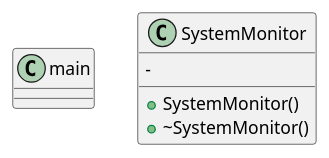
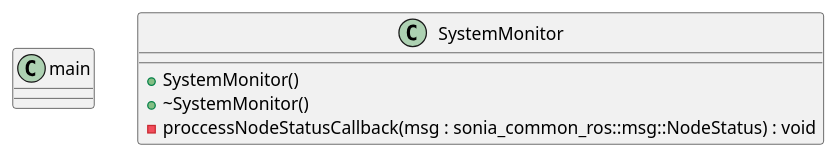
Before and after one commit to sonia-auv/sonia_deploy: the diagram in doc/ClassDiagram.wsd, drawn with PlantUML. The commit also changed 8 other files, not shown here.

```diff
--- a/doc/ClassDiagram.wsd
+++ b/doc/ClassDiagram.wsd
@@ -1,12 +1,11 @@
 @startuml template
     class main{
         }
     class SystemMonitor{
-        - 
-
+    
         + SystemMonitor()
         + ~SystemMonitor()
-        
+        - proccessNodeStatusCallback(msg : sonia_common_ros::msg::NodeStatus) : void        
 
     }
 @enduml
```
